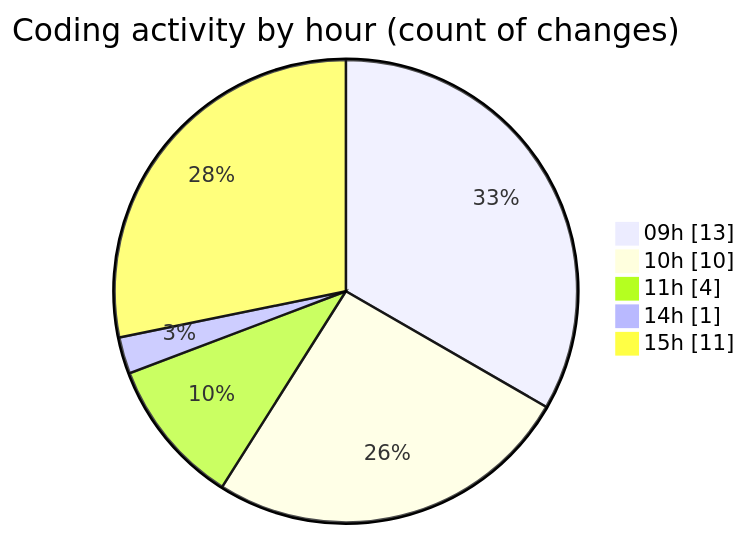
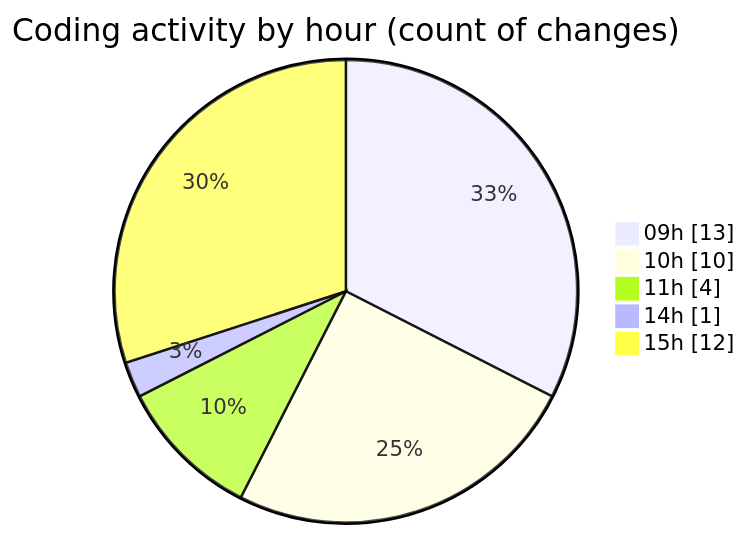
One commit to julien-gomy/code-tracking changed the second of 2 diagrams in 2025-11-10/cdp_aleoudev_fr__workspace_/README.md. Above: the diagram before and after it, drawn with Mermaid. The commit also changed other lines of this file and 1 other file, not shown here.

````diff
--- a/2025-11-10/cdp_aleoudev_fr__workspace_/README.md
+++ b/2025-11-10/cdp_aleoudev_fr__workspace_/README.md
@@ -44,9 +44,9 @@
 ```mermaid
 pie showData
 title Coding activity by hour (count of changes)
 "09h" : 13
 "10h" : 10
 "11h" : 4
 "14h" : 1
-"15h" : 11
+"15h" : 12
 ```
````
